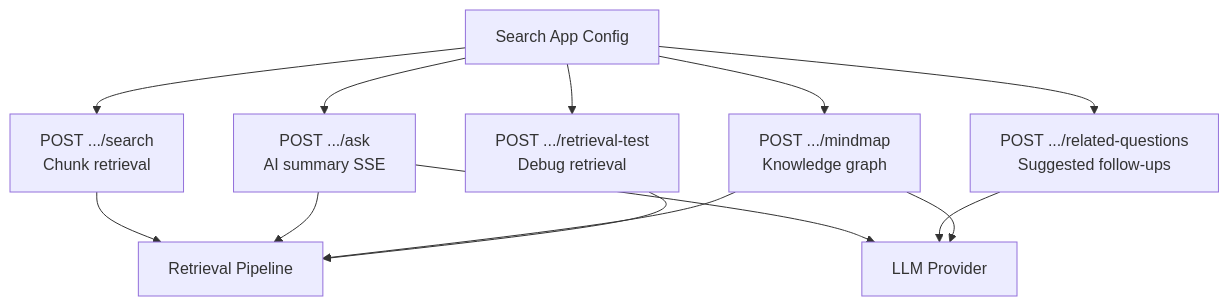
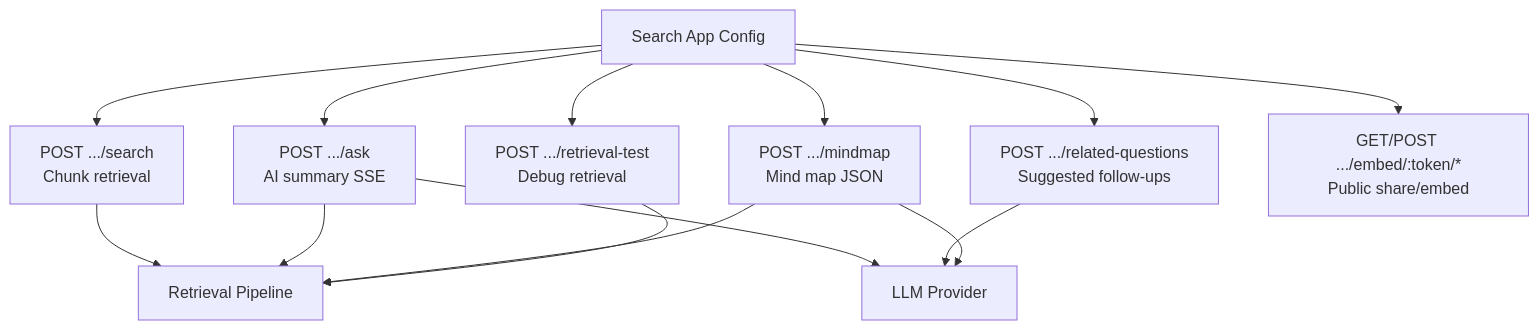
One commit to b-knowledge-solution/b-knowledge changed the first of 2 diagrams in docs/detail-design/search/overview.md. Above: the diagram before and after it, drawn with Mermaid. The commit also changed other lines of this file and 83 other files, not shown here.

````diff
--- a/docs/detail-design/search/overview.md
+++ b/docs/detail-design/search/overview.md
@@ -9,16 +9,17 @@
 ```mermaid
 flowchart TD
     SA[Search App Config] --> E1[POST .../search<br/>Chunk retrieval]
     SA --> E2[POST .../ask<br/>AI summary SSE]
     SA --> E3[POST .../related-questions<br/>Suggested follow-ups]
-    SA --> E4[POST .../mindmap<br/>Knowledge graph]
+    SA --> E4[POST .../mindmap<br/>Mind map JSON]
     SA --> E5[POST .../retrieval-test<br/>Debug retrieval]
+    SA --> E6[GET/POST .../embed/:token/*<br/>Public share/embed]
 
     E1 --> RP[Retrieval Pipeline]
     E2 --> RP
     E2 --> LLM[LLM Provider]
     E3 --> LLM
     E4 --> RP
     E4 --> LLM
     E5 --> RP
 ```
````
